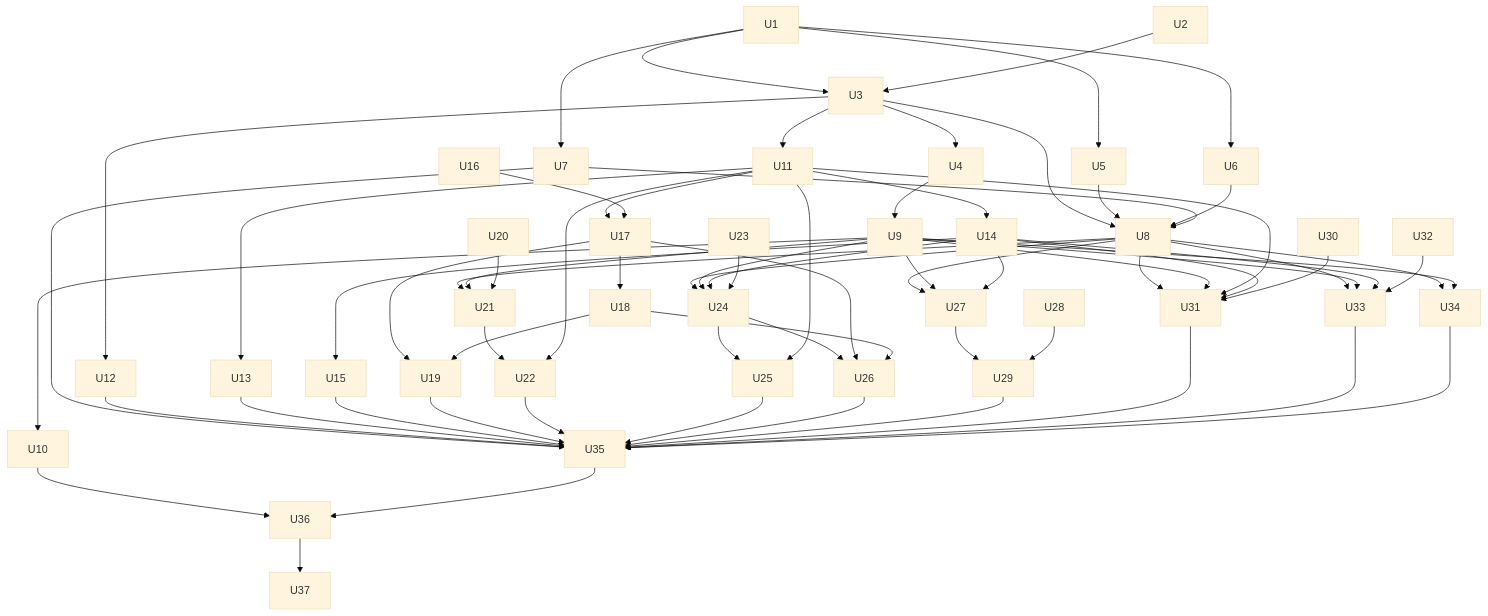
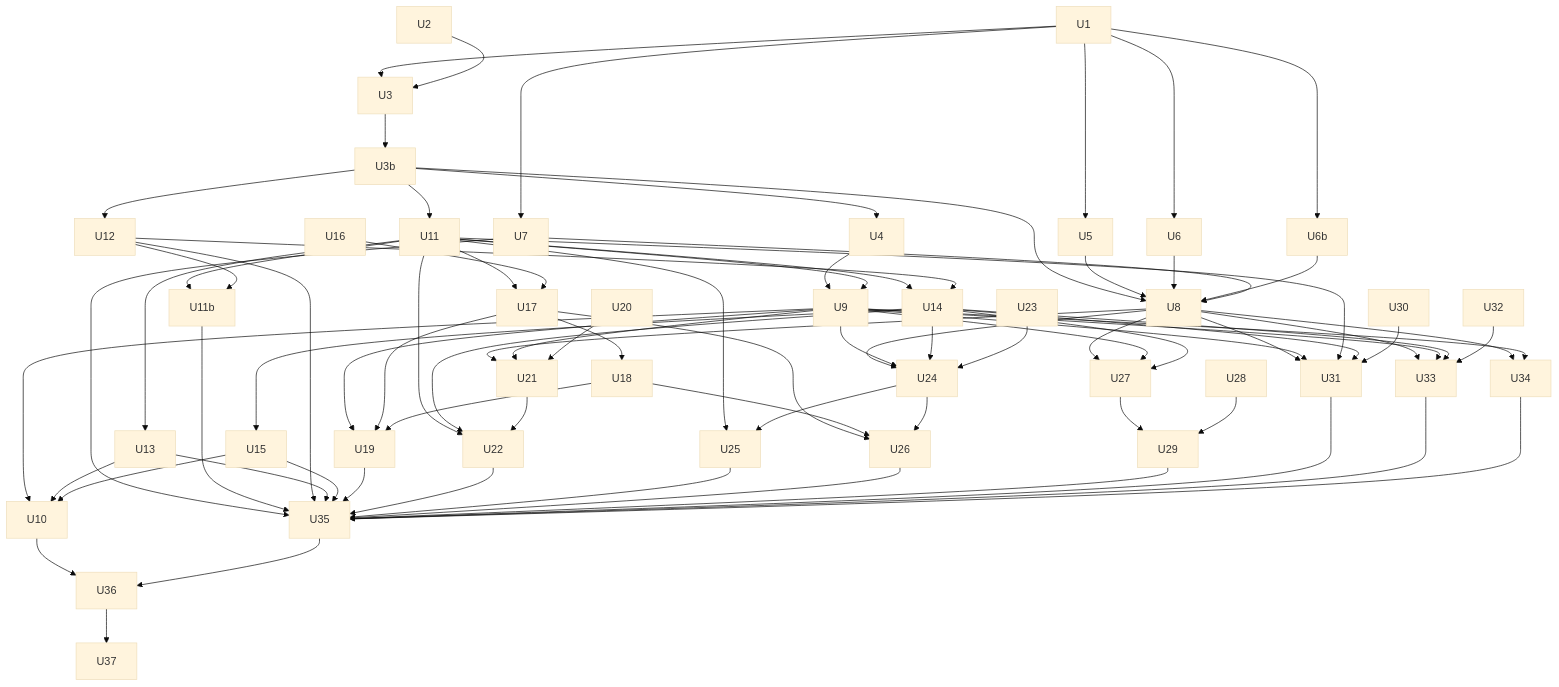
Before and after one commit to aiur-team/khala: the fourth of 4 diagrams in docs/plans/2026-10-05-001-feat-multi-harness-parity-plan.md, drawn with Mermaid (base theme). The commit also changed other lines of this file, not shown here.

````diff
--- a/docs/plans/2026-10-05-001-feat-multi-harness-parity-plan.md
+++ b/docs/plans/2026-10-05-001-feat-multi-harness-parity-plan.md
@@ -384,70 +389,82 @@
 ```mermaid
 flowchart TB
   U1 --> U3
   U2 --> U3
+  U3 --> U3b
+  U3b --> U4
   U1 --> U5
   U1 --> U6
+  U1 --> U6b
   U1 --> U7
-  U3 --> U4
-  U3 --> U8
+  U3b --> U8
   U5 --> U8
   U6 --> U8
+  U6b --> U8
   U7 --> U8
-  U3 --> U11
-  U3 --> U12
   U4 --> U9
+  U11 --> U9
   U9 --> U10
+  U13 --> U10
+  U15 --> U10
+  U3b --> U11
+  U11 --> U11b
+  U12 --> U11b
+  U3b --> U12
   U11 --> U13
   U11 --> U14
+  U12 --> U14
   U14 --> U15
   U11 --> U17
   U16 --> U17
   U17 --> U18
+  U9 --> U19
   U17 --> U19
   U18 --> U19
   U8 --> U21
   U9 --> U21
   U20 --> U21
+  U11 --> U22
+  U14 --> U22
   U21 --> U22
-  U11 --> U22
   U8 --> U24
   U9 --> U24
   U14 --> U24
   U23 --> U24
+  U11 --> U25
   U24 --> U25
-  U11 --> U25
-  U24 --> U26
   U17 --> U26
   U18 --> U26
+  U24 --> U26
   U8 --> U27
   U9 --> U27
   U14 --> U27
   U27 --> U29
   U28 --> U29
   U8 --> U31
   U9 --> U31
   U11 --> U31
   U14 --> U31
   U30 --> U31
   U8 --> U33
   U9 --> U33
   U14 --> U33
   U32 --> U33
   U8 --> U34
   U9 --> U34
   U7 --> U35
+  U11b --> U35
   U12 --> U35
   U13 --> U35
   U15 --> U35
   U19 --> U35
   U22 --> U35
   U25 --> U35
   U26 --> U35
   U29 --> U35
   U31 --> U35
   U33 --> U35
   U34 --> U35
   U10 --> U36
   U35 --> U36
   U36 --> U37
 ```
````
